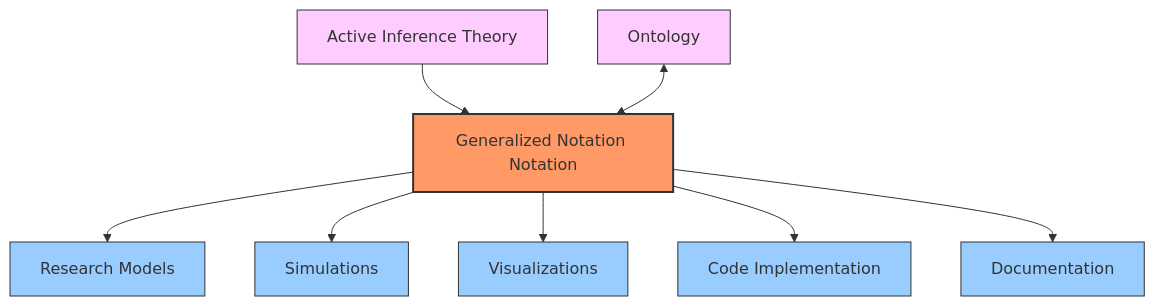
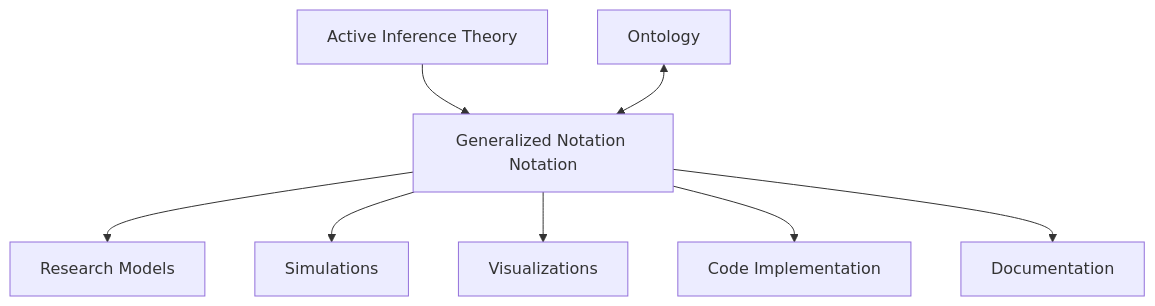
One commit to ActiveInferenceInstitute/GeneralizedNotationNotation changed the first of 4 diagrams in doc/gnn/gnn_overview.md. Above: the diagram before and after it, drawn with Mermaid. The commit also changed other lines of this file and 1845 other files, not shown here.

````diff
--- a/doc/gnn/gnn_overview.md
+++ b/doc/gnn/gnn_overview.md
@@ -19,27 +21,19 @@
 ```mermaid
 graph TD
     GNN[Generalized Notation Notation]
     AI[Active Inference Theory]
     RM[Research Models]
     SIM[Simulations]
     VIS[Visualizations]
     CODE[Code Implementation]
     DOC[Documentation]
     ONTO[Ontology]
     
     AI --> GNN
     GNN --> RM
     GNN --> SIM
     GNN --> VIS
     GNN --> CODE
     GNN --> DOC
     ONTO <--> GNN
-    
-    classDef core fill:#f96,stroke:#333,stroke-width:2px;
-    classDef output fill:#9cf,stroke:#333,stroke-width:1px;
-    classDef input fill:#fcf,stroke:#333,stroke-width:1px;
-    
-    class GNN core;
-    class AI,ONTO input;
-    class RM,SIM,VIS,CODE,DOC output;
 ```
````
